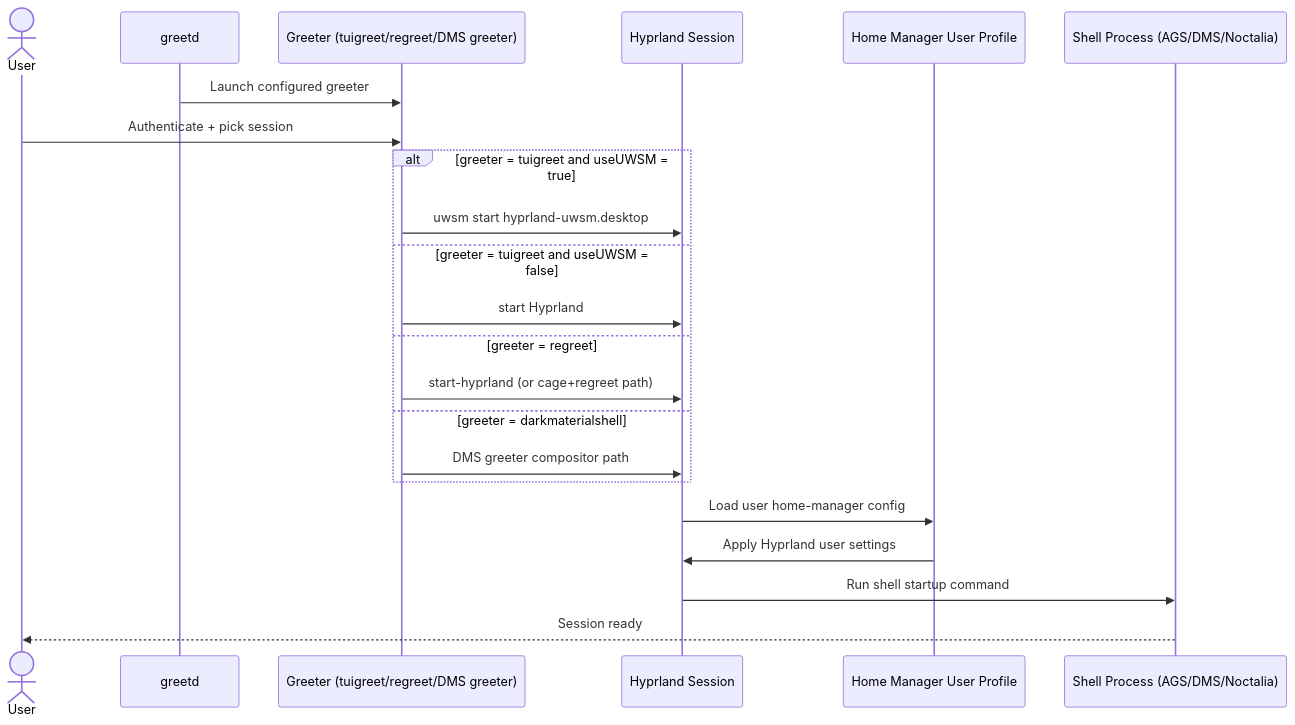
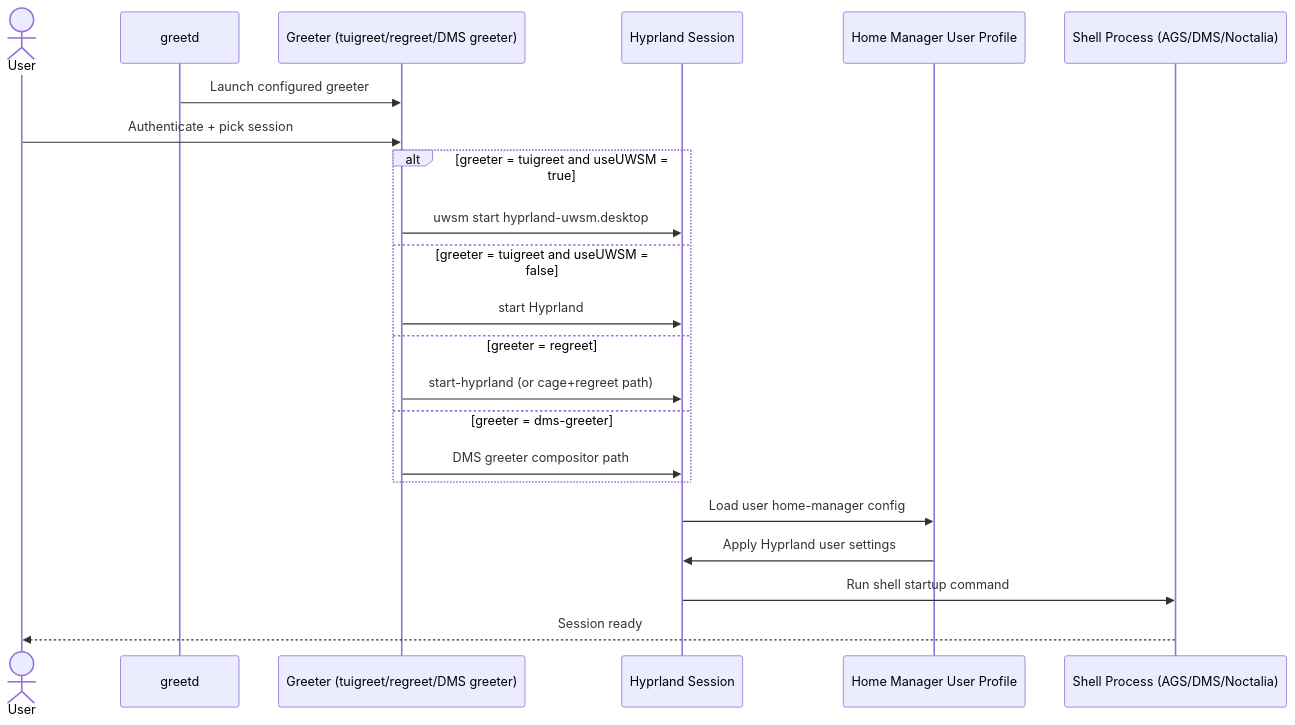
One commit to CodePixelWorks/j0nix-os changed the seventh of 10 diagrams in docs/ARCHITECTURE.md. Above: the diagram before and after it, drawn with Mermaid. The commit also changed other lines of this file and 1 other file, not shown here.

Commit message:
feat(greetd): support dms-greeter selector and alias

````diff
--- a/docs/ARCHITECTURE.md
+++ b/docs/ARCHITECTURE.md
@@ -118,25 +118,25 @@
 ```mermaid
 sequenceDiagram
   actor U as User
   participant G as greetd
   participant GR as Greeter (tuigreet/regreet/DMS greeter)
   participant HY as Hyprland Session
   participant HM as Home Manager User Profile
   participant SH as Shell Process (AGS/DMS/Noctalia)
 
   G->>GR: Launch configured greeter
   U->>GR: Authenticate + pick session
   alt greeter = tuigreet and useUWSM = true
     GR->>HY: uwsm start hyprland-uwsm.desktop
   else greeter = tuigreet and useUWSM = false
     GR->>HY: start Hyprland
   else greeter = regreet
     GR->>HY: start-hyprland (or cage+regreet path)
-  else greeter = darkmaterialshell
+  else greeter = dms-greeter
     GR->>HY: DMS greeter compositor path
   end
   HY->>HM: Load user home-manager config
   HM->>HY: Apply Hyprland user settings
   HY->>SH: Run shell startup command
   SH-->>U: Session ready
 ```
````
